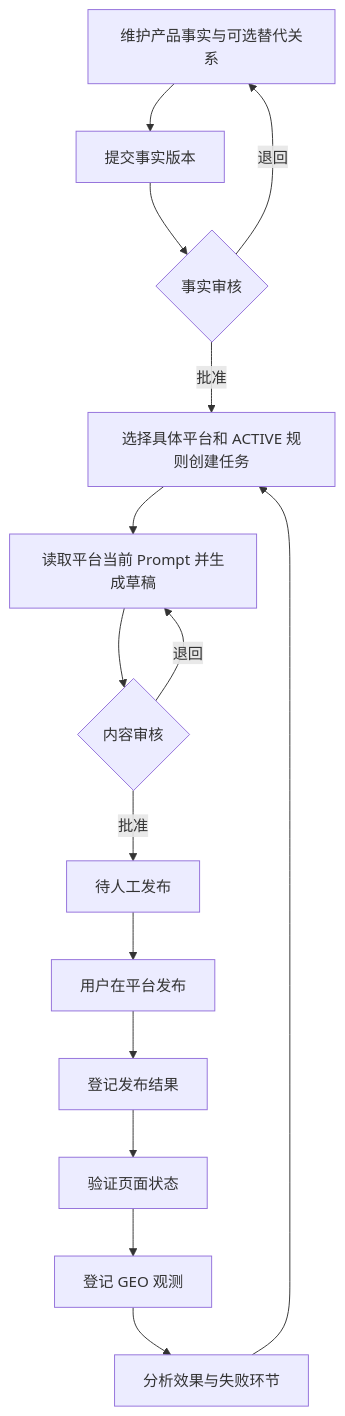
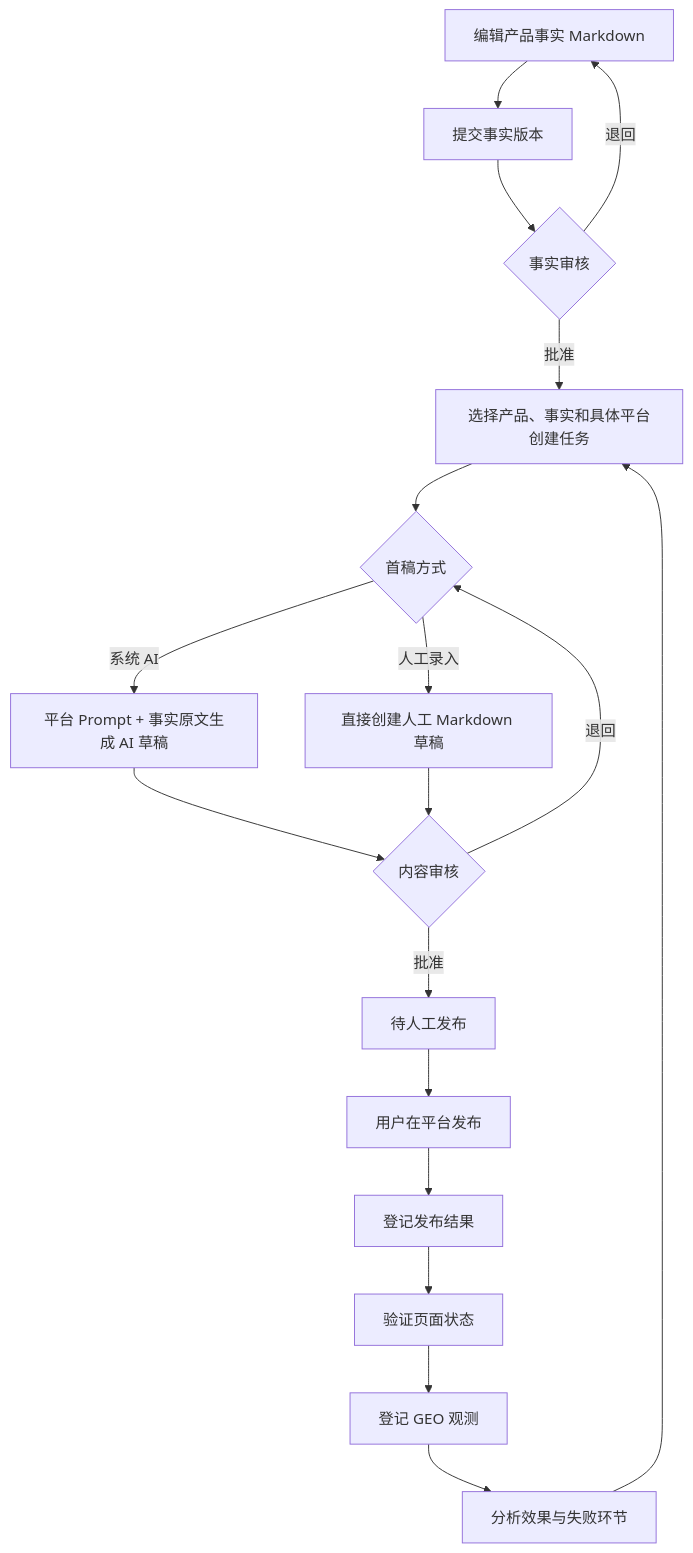
One commit to ccisnoxx/partsignal changed the first of 4 diagrams in docs/GEO多平台内容运营系统方案设计.md. Above: the diagram before and after it, drawn with Mermaid. The commit also changed other lines of this file and 86 other files, not shown here.

````diff
--- a/docs/GEO多平台内容运营系统方案设计.md
+++ b/docs/GEO多平台内容运营系统方案设计.md
@@ -194,17 +195,20 @@
 ```mermaid
 flowchart TD
-    A[维护产品事实与可选替代关系] --> B[提交事实版本]
+    A[编辑产品事实 Markdown] --> B[提交事实版本]
     B --> C{事实审核}
     C -->|退回| A
-    C -->|批准| D[选择具体平台和 ACTIVE 规则创建任务]
-    D --> E[读取平台当前 Prompt 并生成草稿]
-    E --> F{内容审核}
+    C -->|批准| D[选择产品、事实和具体平台创建任务]
+    D --> E{首稿方式}
+    E -->|系统 AI| G[平台 Prompt + 事实原文生成 AI 草稿]
+    E -->|人工录入| H[直接创建人工 Markdown 草稿]
+    G --> F{内容审核}
+    H --> F
     F -->|退回| E
     F -->|批准| J[待人工发布]
     J --> K[用户在平台发布]
     K --> L[登记发布结果]
     L --> M[验证页面状态]
     M --> N[登记 GEO 观测]
     N --> O[分析效果与失败环节]
     O --> D
 ```
````
